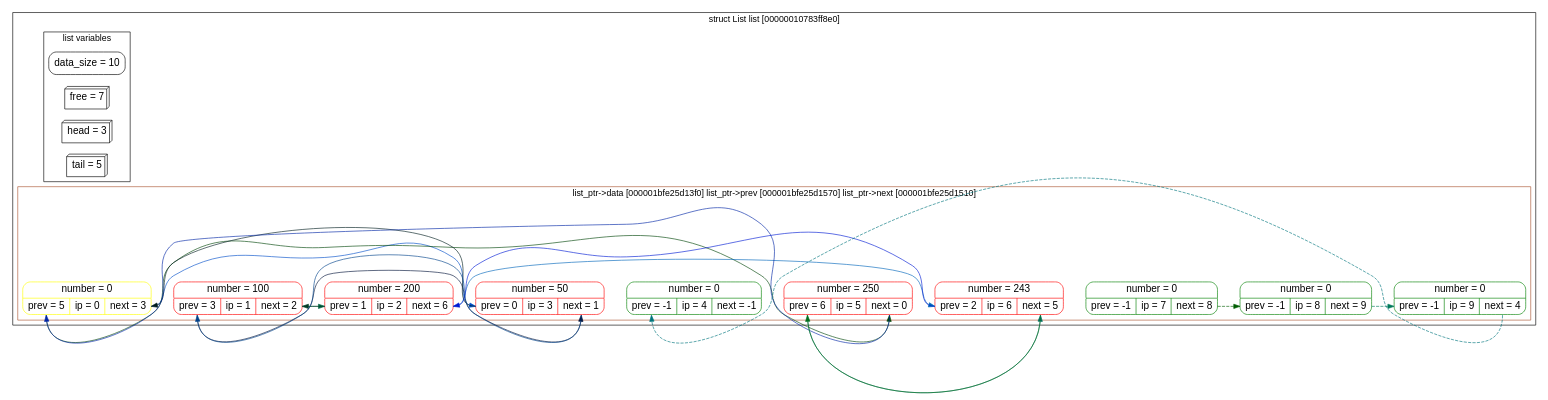
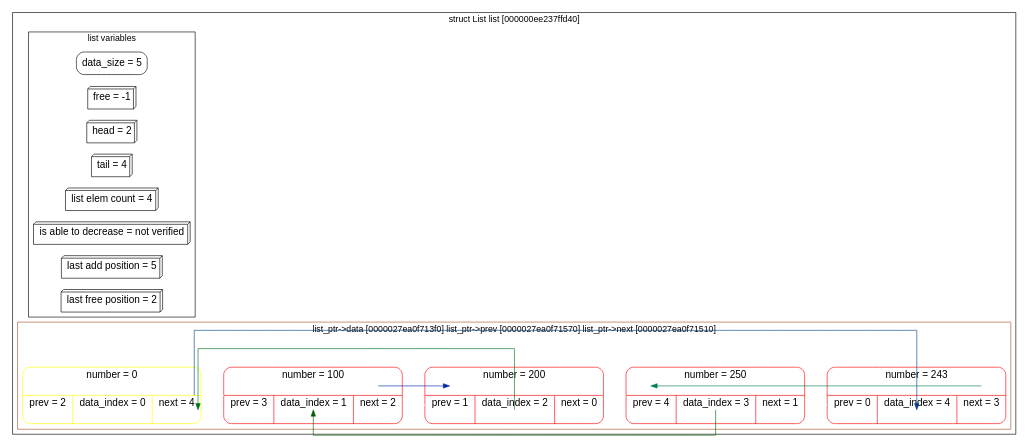
The diagram in graph/test.dot (TimofeiMenshikov/list), drawn with Graphviz before and after one commit. The commit also changed 18 other files, not shown here.

```diff
--- a/graph/test.dot
+++ b/graph/test.dot
@@ -1,41 +1,31 @@
 digraph G {
 rankdir = "LR";
+graph [splines=ortho];
 subgraph cluster0 {
-label = "struct List list [00000010783ff8e0]";fontname="Helvetica,Arial,sans-serif";
+label = "struct List list [000000ee237ffd40]";fontname="Helvetica,Arial,sans-serif";
 node [fontname="Helvetica,Arial,sans-serif" fontsize = "16" ];
 edge [fontname="Helvetica,Arial,sans-serif"];
 subgraph cluster1 {
 rankdir = "TB";
-label = "list variables"data_size [shape="Mrecord", label ="data_size = 10"]
-free [shape=box3d, label="free = 7"];
-head [shape=box3d, label="head = 3"];
-tail [shape=box3d, label="tail = 5"];
+label = "list variables"data_size [shape="Mrecord", label ="data_size = 5"]
+free [shape=box3d, label="free = -1"];
+head [shape=box3d, label="head = 2"];
+tail [shape=box3d, label="tail = 4"];
+list_elem_count [shape=box3d, label="list elem count = 4"];
+is_able_to_decrease[shape= box3d, label = "is able to decrease = not verified"];
+last_add_position[shape=box3d, label="last add position = 5"];
+last_free_position [shape=box3d, label="last free position = 2"];
 }
 subgraph cluster2 {
-color = "#AA5533"label = "list_ptr->data [000001bfe25d13f0] list_ptr->prev [000001bfe25d1570] list_ptr->next [000001bfe25d1510]";"node0" [ label = " <f1> number =      0 | {<f0> prev = 5 | <f4> ip = 0 | <f2> next  = 3 }" shape = "Mrecord", color="Yellow"];
-"node1" [ label = " <f1> number =    100 | {<f0> prev = 3 | <f4> ip = 1 | <f2> next  = 2 }" shape = "Mrecord", color="Red"];
-"node2" [ label = " <f1> number =    200 | {<f0> prev = 1 | <f4> ip = 2 | <f2> next  = 6 }" shape = "Mrecord", color="Red"];
-"node3" [ label = " <f1> number =     50 | {<f0> prev = 0 | <f4> ip = 3 | <f2> next  = 1 }" shape = "Mrecord", color="Red"];
-"node4" [ label = " <f1> number =      0 | {<f0> prev = -1 | <f4> ip = 4 | <f2> next  = -1 }" shape = "Mrecord", color="Green"];
-"node5" [ label = " <f1> number =    250 | {<f0> prev = 6 | <f4> ip = 5 | <f2> next  = 0 }" shape = "Mrecord", color="Red"];
-"node6" [ label = " <f1> number =    243 | {<f0> prev = 2 | <f4> ip = 6 | <f2> next  = 5 }" shape = "Mrecord", color="Red"];
-"node7" [ label = " <f1> number =      0 | {<f0> prev = -1 | <f4> ip = 7 | <f2> next  = 8 }" shape = "Mrecord", color="Green"];
-"node8" [ label = " <f1> number =      0 | {<f0> prev = -1 | <f4> ip = 8 | <f2> next  = 9 }" shape = "Mrecord", color="Green"];
-"node9" [ label = " <f1> number =      0 | {<f0> prev = -1 | <f4> ip = 9 | <f2> next  = 4 }" shape = "Mrecord", color="Green"];
-node0->node1->node2->node3->node4->node5->node6->node7->node8->node9[weight = 10000, color = "White"]
-"node0":f2 -> "node3":f0 [id = 20, color="#004DC8", constraint = false, splines = polyline];
-"node1":f2 -> "node2":f0 [id = 21, color="#006443", constraint = false, splines = polyline];
-"node2":f2 -> "node6":f0 [id = 22, color="#0066BB", constraint = false, splines = polyline];
-"node3":f2 -> "node1":f0 [id = 23, color="#00428B", constraint = false, splines = polyline];
-"node5":f2 -> "node0":f0 [id = 25, color="#0026A6", constraint = false, splines = polyline];
-"node6":f2 -> "node5":f0 [id = 26, color="#00701F", constraint = false, splines = polyline];
-"node7":f2 -> "node8":f0 [id = 27, color="#005D03", style="dashed", constraint = false, splines = polyline];
-"node8":f2 -> "node9":f0 [id = 28, color="#007A5A", style="dashed", constraint = false, splines = polyline];
-"node9":f2 -> "node4":f0 [id = 29, color="#00767D", style="dashed", constraint = false, splines = polyline];
-"node0":f0 -> "node5":f2 [id = 30, color="#004509", constraint = false, splines = none];
-"node1":f0 -> "node3":f2 [id = 31, color="#001238", constraint = false, splines = none];
-"node2":f0 -> "node1":f2 [id = 32, color="#003B25", constraint = false, splines = none];
-"node3":f0 -> "node0":f2 [id = 33, color="#001E1F", constraint = false, splines = none];
-"node5":f0 -> "node6":f2 [id = 35, color="#006E5D", constraint = false, splines = none];
-"node6":f0 -> "node2":f2 [id = 36, color="#001AD4", constraint = false, splines = none];
+color = "#AA5533"label = "list_ptr->data [0000027ea0f713f0] list_ptr->prev [0000027ea0f71570] list_ptr->next [0000027ea0f71510]";"node0" [ label = " <f1>  number =      0\n\n | {<f0>  prev = 2 \n\n | <f4> data_index = 0 \n\n | <f2> next  = 4 \n\n }" shape = "Mrecord", color="Yellow"];
+"node1" [ label = " <f1> number =    100\n\n | {<f0>  prev = 3 \n\n | <f4> data_index = 1 \n\n | <f2> next  = 2 \n\n }" shape = "Mrecord", color="Red"];
+"node2" [ label = " <f1> number =    200\n\n | {<f0>  prev = 1 \n\n | <f4> data_index = 2 \n\n | <f2> next  = 0 \n\n }" shape = "Mrecord", color="Red"];
+"node3" [ label = " <f1> number =    250\n\n | {<f0>  prev = 4 \n\n | <f4> data_index = 3 \n\n | <f2> next  = 1 \n\n }" shape = "Mrecord", color="Red"];
+"node4" [ label = " <f1> number =    243\n\n | {<f0>  prev = 0 \n\n | <f4> data_index = 4 \n\n | <f2> next  = 3 \n\n }" shape = "Mrecord", color="Red"];
+node0->node1->node2->node3->node4[weight = 10000, color = "White"]
+"node0":f2 -> "node4":f0 [id = 10, color="#00428B", constraint = false, splines = polyline];
+"node1":f2 -> "node2":f0 [id = 11, color="#0026A6", constraint = false, splines = polyline];
+"node2":f2 -> "node0":f0 [id = 12, color="#00701F", constraint = false, splines = polyline];
+"node3":f2 -> "node1":f0 [id = 13, color="#005D03", constraint = false, splines = polyline];
+"node4":f2 -> "node3":f0 [id = 14, color="#007A5A", constraint = false, splines = polyline];
 } } }
```
